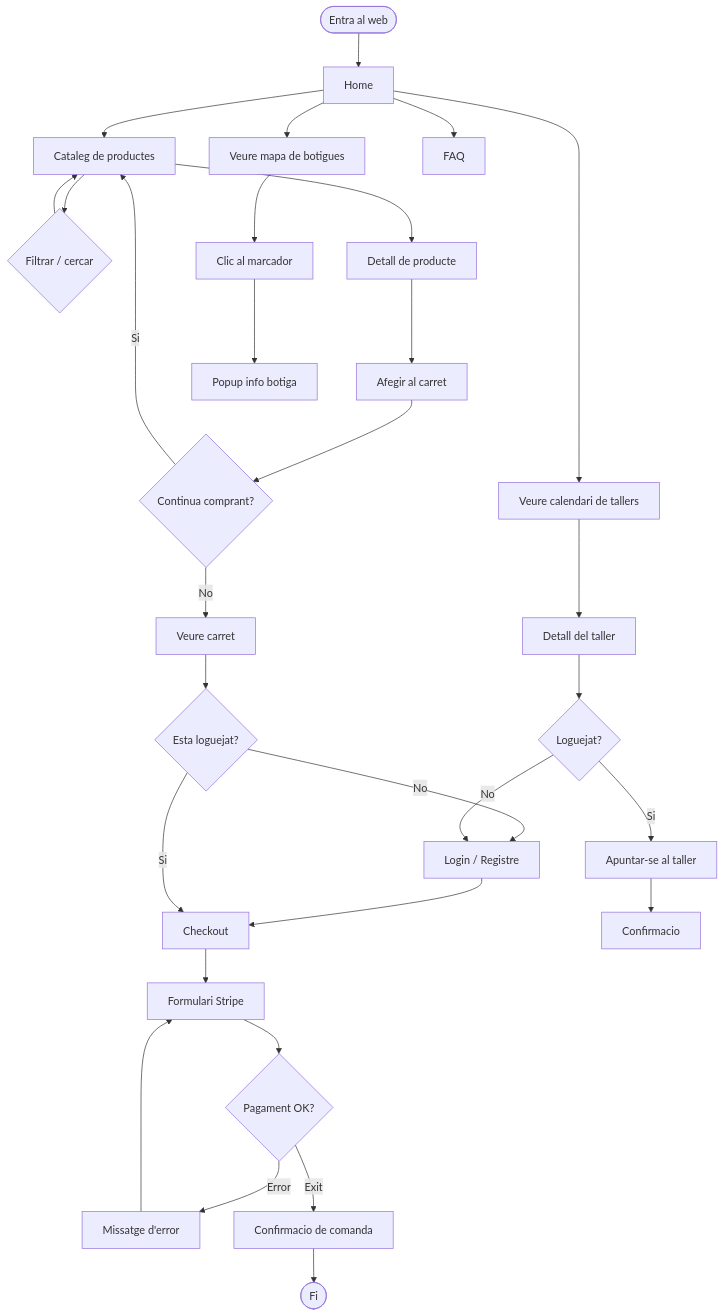
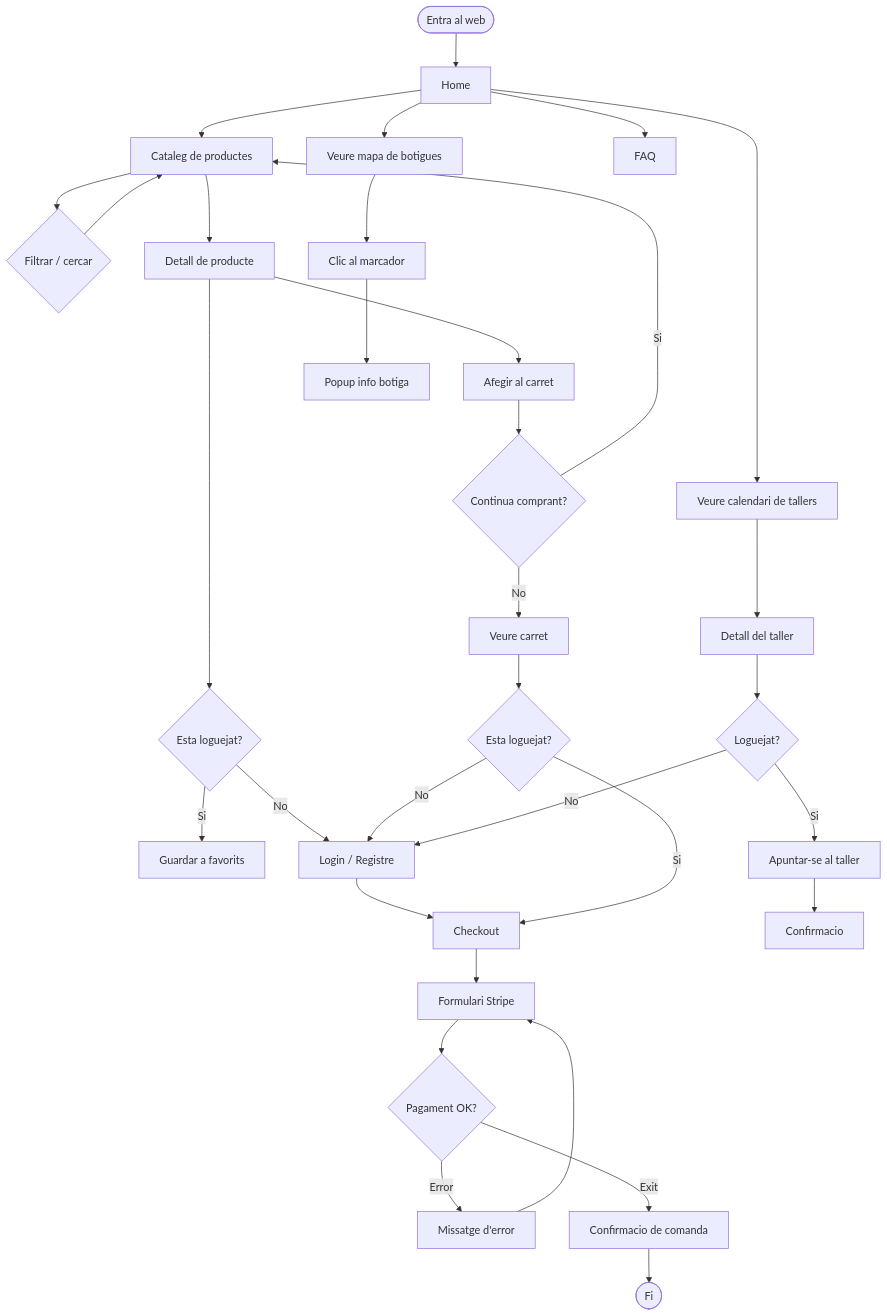
Before and after one commit to isahun/winter-garden: the third of 8 diagrams in DIAGRAMS.md, drawn with Mermaid. The commit also changed other lines of this file, not shown here.

Commit message:
docs(diagrams): fix architecture, ER, admin flow and auth sequence to match real implementation

````diff
--- a/DIAGRAMS.md
+++ b/DIAGRAMS.md
@@ -134,35 +151,38 @@
 ```mermaid
 flowchart TD
     A([Entra al web]) --> B[Home]
     B --> C[Cataleg de productes]
     C --> D{Filtrar / cercar}
     D --> C
     C --> E[Detall de producte]
     E --> F[Afegir al carret]
+    E --> E2{Esta loguejat?}
+    E2 -- Si --> E3[Guardar a favorits]
+    E2 -- No --> K
     F --> G{Continua comprant?}
     G -- Si --> C
     G -- No --> H[Veure carret]
     H --> I{Esta loguejat?}
     I -- No --> K[Login / Registre]
     K --> L[Checkout]
     I -- Si --> L
     L --> M[Formulari Stripe]
     M --> N{Pagament OK?}
     N -- Error --> O[Missatge d'error]
     O --> M
     N -- Exit --> P[Confirmacio de comanda]
     P --> Q([Fi])
 
     B --> R[Veure calendari de tallers]
     R --> S[Detall del taller]
     S --> T{Loguejat?}
     T -- No --> K
     T -- Si --> U[Apuntar-se al taller]
     U --> V[Confirmacio]
 
     B --> W[Veure mapa de botigues]
     W --> X[Clic al marcador]
     X --> Y[Popup info botiga]
 
     B --> Z[FAQ]
 ```
````
